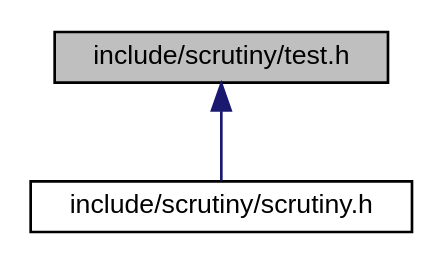
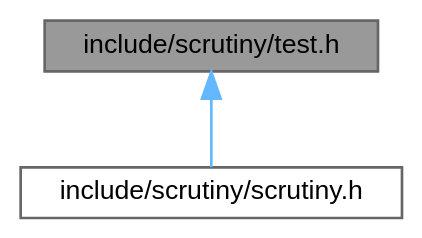
One commit to nickeldan/scrutiny changed the diagram in docs/test_8h__dep__incl.dot. Above: the diagram before and after it, drawn with Graphviz. The commit also changed 103 other files, not shown here.

```diff
--- a/docs/test_8h__dep__incl.dot
+++ b/docs/test_8h__dep__incl.dot
@@ -1,9 +1,10 @@
 digraph "include/scrutiny/test.h"
 {
  // LATEX_PDF_SIZE
-  edge [fontname="Helvetica",fontsize="10",labelfontname="Helvetica",labelfontsize="10"];
-  node [fontname="Helvetica",fontsize="10",shape=record];
-  Node1 [label="include/scrutiny/test.h",height=0.2,width=0.4,color="black", fillcolor="grey75", style="filled", fontcolor="black",tooltip="Defines the test macros."];
-  Node1 -> Node2 [dir="back",color="midnightblue",fontsize="10",style="solid",fontname="Helvetica"];
-  Node2 [label="include/scrutiny/scrutiny.h",height=0.2,width=0.4,color="black", fillcolor="white", style="filled",URL="$scrutiny_8h.html",tooltip="Master include file."];
+  bgcolor="transparent";
+  edge [fontname=Helvetica,fontsize=10,labelfontname=Helvetica,labelfontsize=10];
+  node [fontname=Helvetica,fontsize=10,shape=box,height=0.2,width=0.4];
+  Node1 [id="Node000001",label="include/scrutiny/test.h",height=0.2,width=0.4,color="gray40", fillcolor="grey60", style="filled", fontcolor="black",tooltip="Defines the test macros."];
+  Node1 -> Node2 [id="edge1_Node000001_Node000002",dir="back",color="steelblue1",style="solid",tooltip=" "];
+  Node2 [id="Node000002",label="include/scrutiny/scrutiny.h",height=0.2,width=0.4,color="grey40", fillcolor="white", style="filled",URL="$scrutiny_8h.html",tooltip="Master include file."];
 }
```
